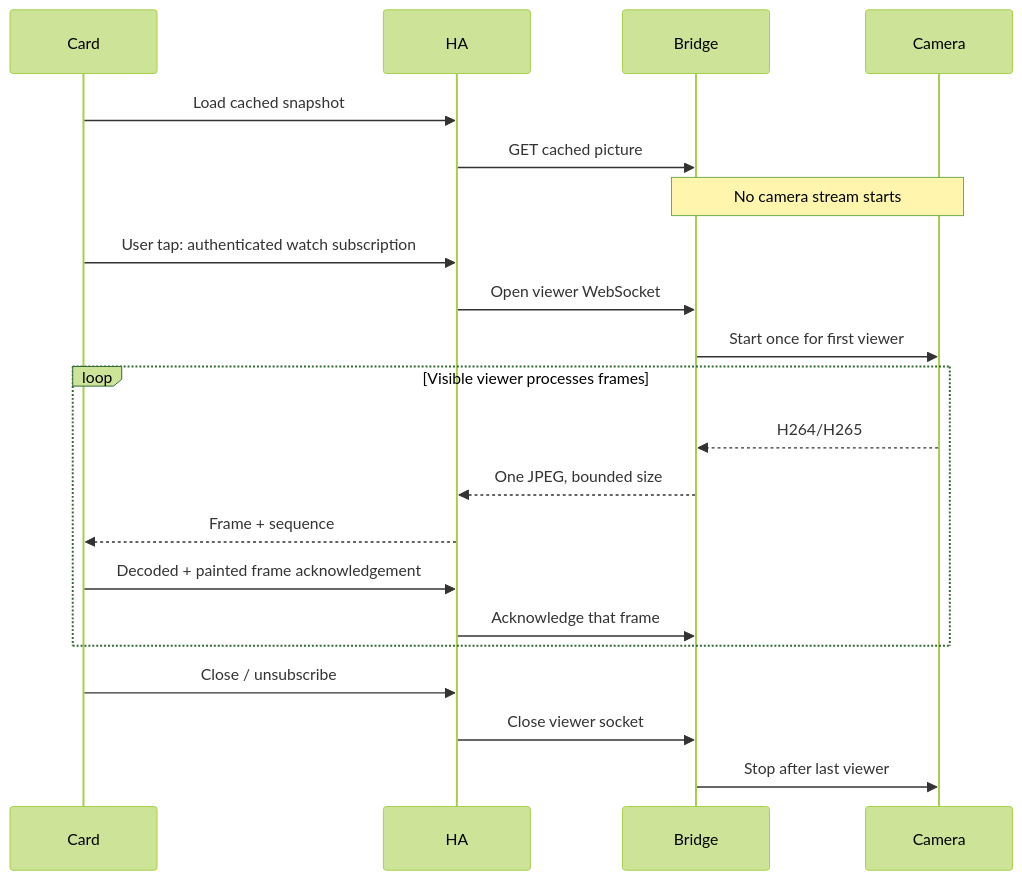
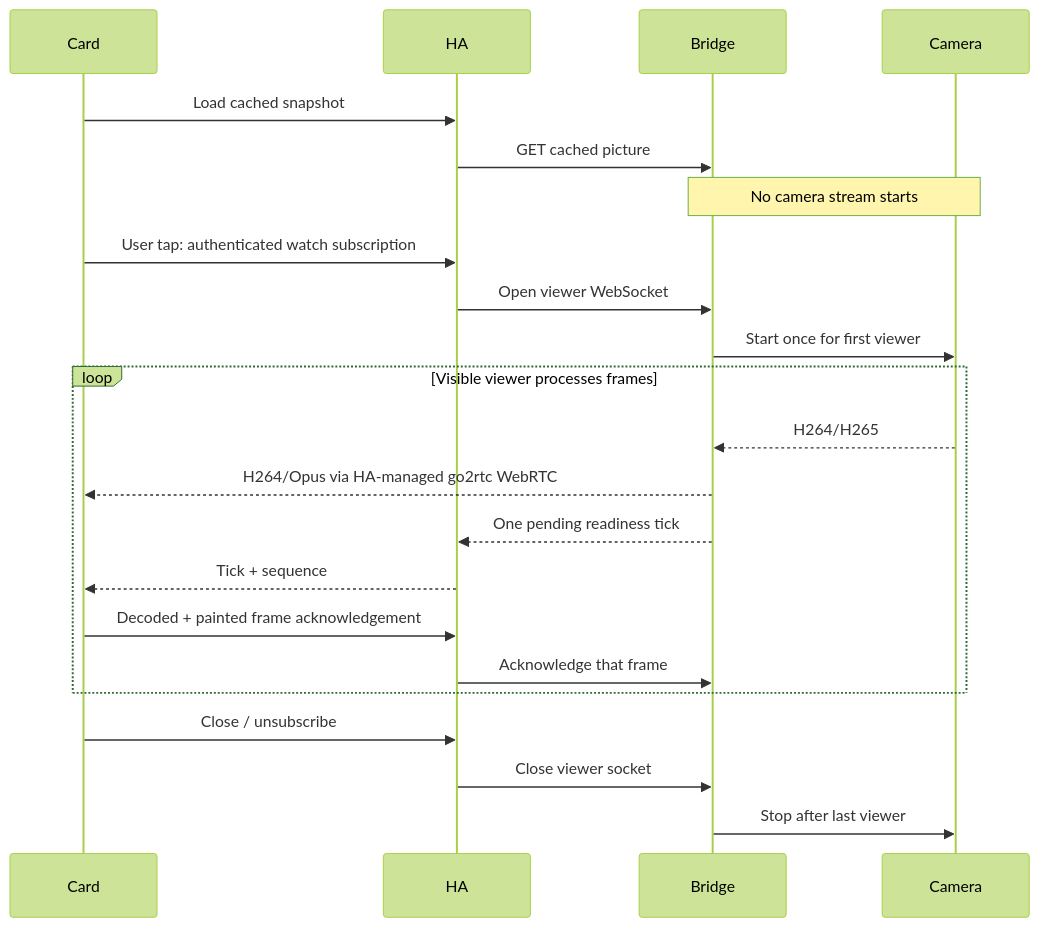
The diagram in docs/ARCHITECTURE.md (keesmod/ha-eufy-cam), drawn with Mermaid (forest theme) before and after one commit. The commit also changed other lines of this file and 49 other files, not shown here.

Commit message:
Release 0.2.0 with WebRTC audio and HomeBase recording playback

````diff
--- a/docs/ARCHITECTURE.md
+++ b/docs/ARCHITECTURE.md
@@ -5,23 +5,24 @@
 ```mermaid
 sequenceDiagram
     participant Card
     participant HA
     participant Bridge
     participant Camera
     Card->>HA: Load cached snapshot
     HA->>Bridge: GET cached picture
     Note over Bridge,Camera: No camera stream starts
     Card->>HA: User tap: authenticated watch subscription
     HA->>Bridge: Open viewer WebSocket
     Bridge->>Camera: Start once for first viewer
     loop Visible viewer processes frames
         Camera-->>Bridge: H264/H265
-        Bridge-->>HA: One JPEG, bounded size
-        HA-->>Card: Frame + sequence
+        Bridge-->>Card: H264/Opus via HA-managed go2rtc WebRTC
+        Bridge-->>HA: One pending readiness tick
+        HA-->>Card: Tick + sequence
         Card->>HA: Decoded + painted frame acknowledgement
         HA->>Bridge: Acknowledge that frame
     end
     Card->>HA: Close / unsubscribe
     HA->>Bridge: Close viewer socket
     Bridge->>Camera: Stop after last viewer
 ```
````
